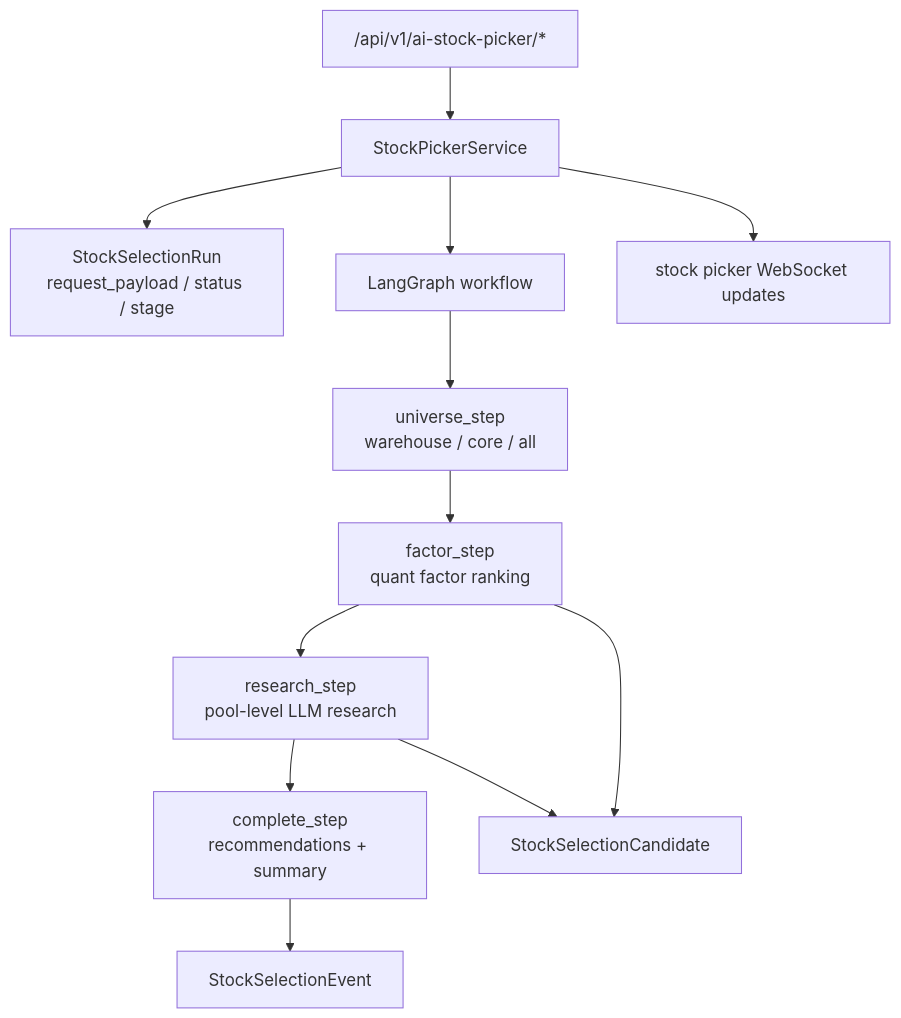
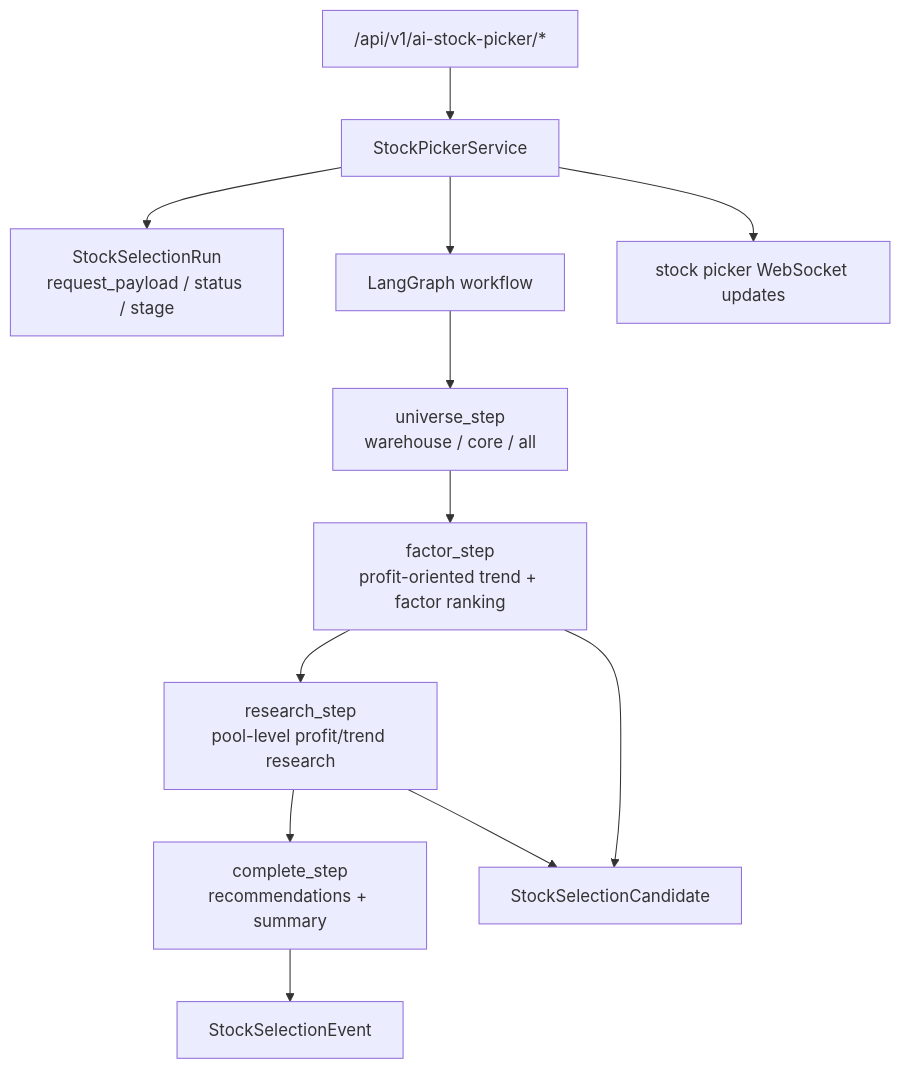
One commit to MarvekG/BestAITrader changed the first of 2 diagrams in backend/app/ai/stock_picker/README.md. Above: the diagram before and after it, drawn with Mermaid. The commit also changed other lines of this file and 12 other files, not shown here.

````diff
--- a/backend/app/ai/stock_picker/README.md
+++ b/backend/app/ai/stock_picker/README.md
@@ -20,16 +22,16 @@
 ```mermaid
 flowchart TD
     API["/api/v1/ai-stock-picker/*"] --> Service["StockPickerService"]
     Service --> Run["StockSelectionRun<br/>request_payload / status / stage"]
     Service --> Graph["LangGraph workflow"]
 
     Graph --> Universe["universe_step<br/>warehouse / core / all"]
-    Universe --> Factor["factor_step<br/>quant factor ranking"]
-    Factor --> Research["research_step<br/>pool-level LLM research"]
+    Universe --> Factor["factor_step<br/>profit-oriented trend + factor ranking"]
+    Factor --> Research["research_step<br/>pool-level profit/trend research"]
     Research --> Complete["complete_step<br/>recommendations + summary"]
 
     Factor --> CandidateTable["StockSelectionCandidate"]
     Research --> CandidateTable
     Complete --> EventTable["StockSelectionEvent"]
     Service --> WebSocket["stock picker WebSocket updates"]
 ```
````
